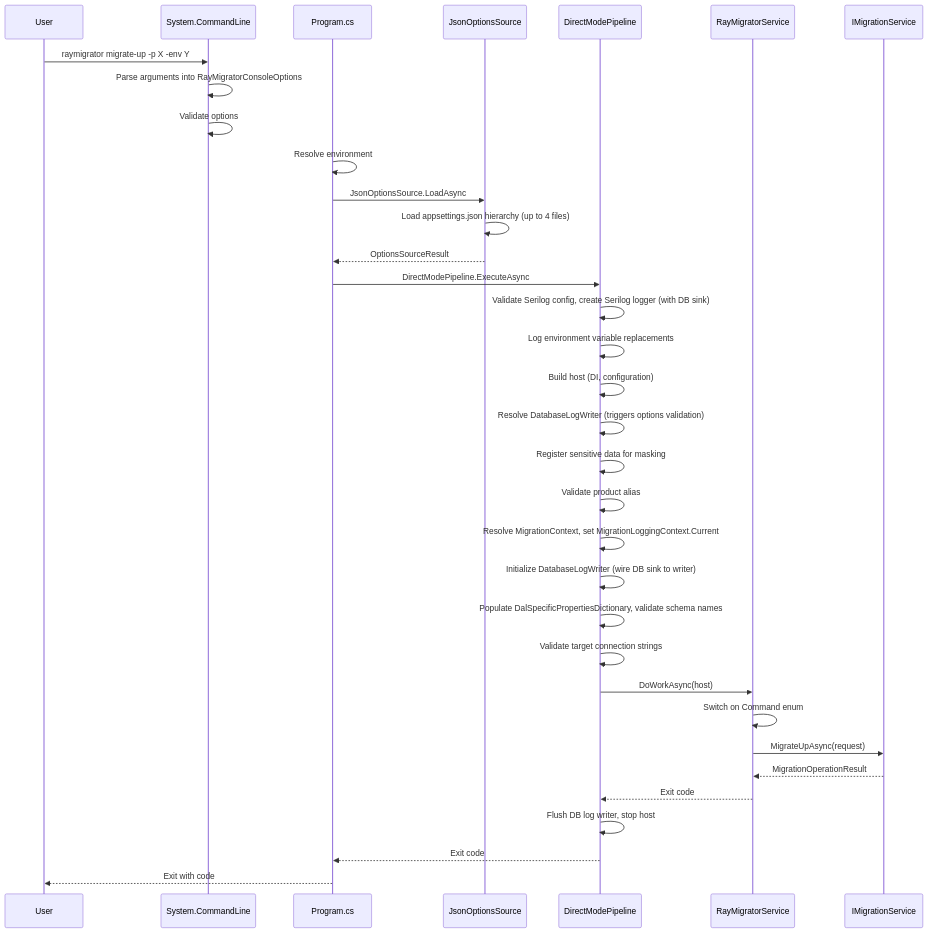
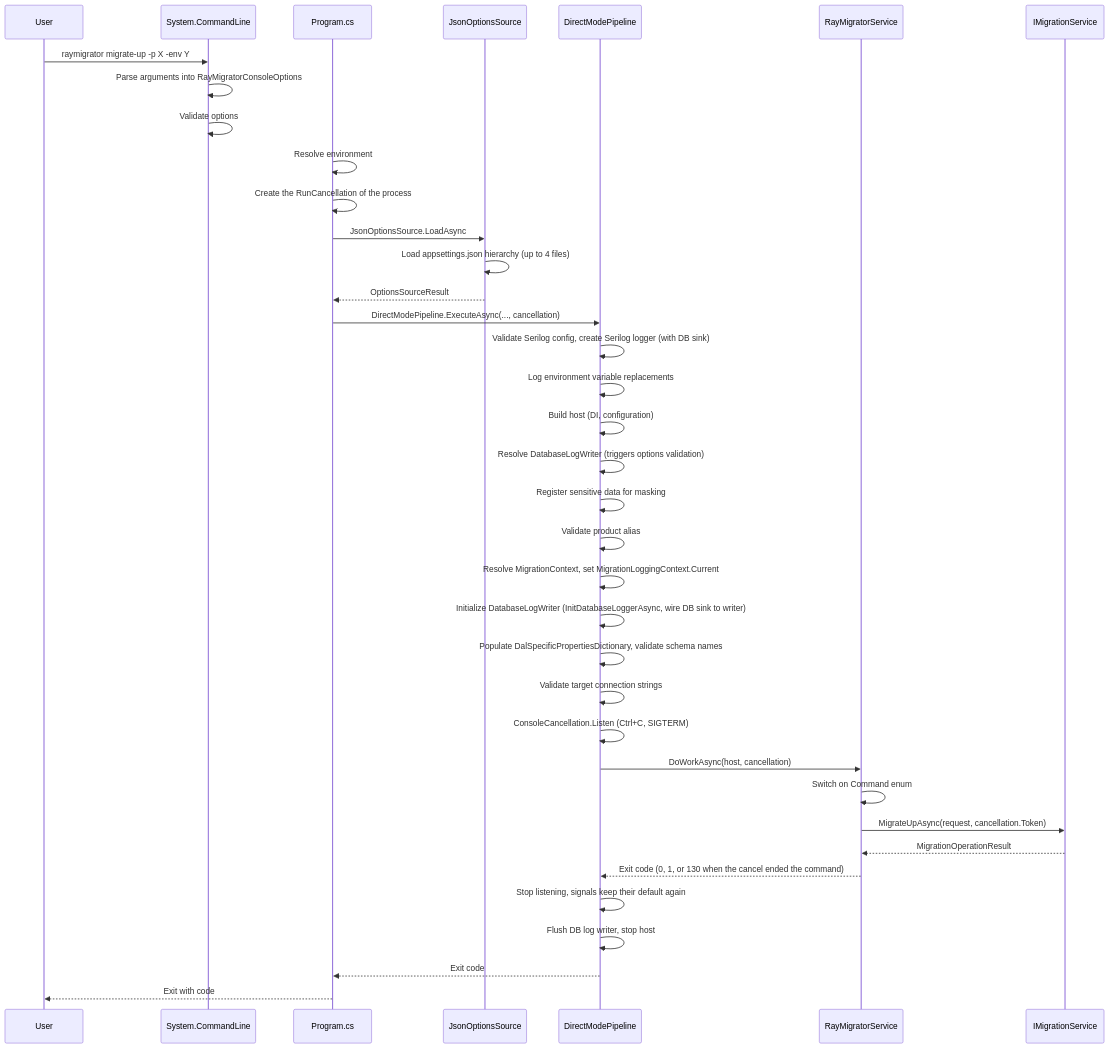
One commit to RAYCOON/RayMigrator changed the second of 2 diagrams in Docs/05-console-layer/command-structure.md. Above: the diagram before and after it, drawn with Mermaid. The commit also changed other lines of this file and 136 other files, not shown here.

````diff
--- a/Docs/05-console-layer/command-structure.md
+++ b/Docs/05-console-layer/command-structure.md
@@ -341,42 +354,45 @@
 ```mermaid
 sequenceDiagram
     participant User
     participant CLI as System.CommandLine
     participant Prog as Program.cs
     participant Src as JsonOptionsSource
     participant Pipeline as DirectModePipeline
     participant Svc as RayMigratorService
     participant Mig as IMigrationService
 
     User->>CLI: raymigrator migrate-up -p X -env Y
     CLI->>CLI: Parse arguments into RayMigratorConsoleOptions
     CLI->>CLI: Validate options
 
     Prog->>Prog: Resolve environment
 
+    Prog->>Prog: Create the RunCancellation of the process
     Prog->>Src: JsonOptionsSource.LoadAsync
     Src->>Src: Load appsettings.json hierarchy (up to 4 files)
     Src-->>Prog: OptionsSourceResult
 
-    Prog->>Pipeline: DirectModePipeline.ExecuteAsync
+    Prog->>Pipeline: DirectModePipeline.ExecuteAsync(..., cancellation)
     Pipeline->>Pipeline: Validate Serilog config, create Serilog logger (with DB sink)
     Pipeline->>Pipeline: Log environment variable replacements
     Pipeline->>Pipeline: Build host (DI, configuration)
     Pipeline->>Pipeline: Resolve DatabaseLogWriter (triggers options validation)
     Pipeline->>Pipeline: Register sensitive data for masking
     Pipeline->>Pipeline: Validate product alias
     Pipeline->>Pipeline: Resolve MigrationContext, set MigrationLoggingContext.Current
-    Pipeline->>Pipeline: Initialize DatabaseLogWriter (wire DB sink to writer)
+    Pipeline->>Pipeline: Initialize DatabaseLogWriter (InitDatabaseLoggerAsync, wire DB sink to writer)
     Pipeline->>Pipeline: Populate DalSpecificPropertiesDictionary, validate schema names
     Pipeline->>Pipeline: Validate target connection strings
 
-    Pipeline->>Svc: DoWorkAsync(host)
+    Pipeline->>Pipeline: ConsoleCancellation.Listen (Ctrl+C, SIGTERM)
+    Pipeline->>Svc: DoWorkAsync(host, cancellation)
     Svc->>Svc: Switch on Command enum
-    Svc->>Mig: MigrateUpAsync(request)
+    Svc->>Mig: MigrateUpAsync(request, cancellation.Token)
     Mig-->>Svc: MigrationOperationResult
-    Svc-->>Pipeline: Exit code
+    Svc-->>Pipeline: Exit code (0, 1, or 130 when the cancel ended the command)
+    Pipeline->>Pipeline: Stop listening, signals keep their default again
 
     Pipeline->>Pipeline: Flush DB log writer, stop host
     Pipeline-->>Prog: Exit code
     Prog-->>User: Exit with code
 ```
````
